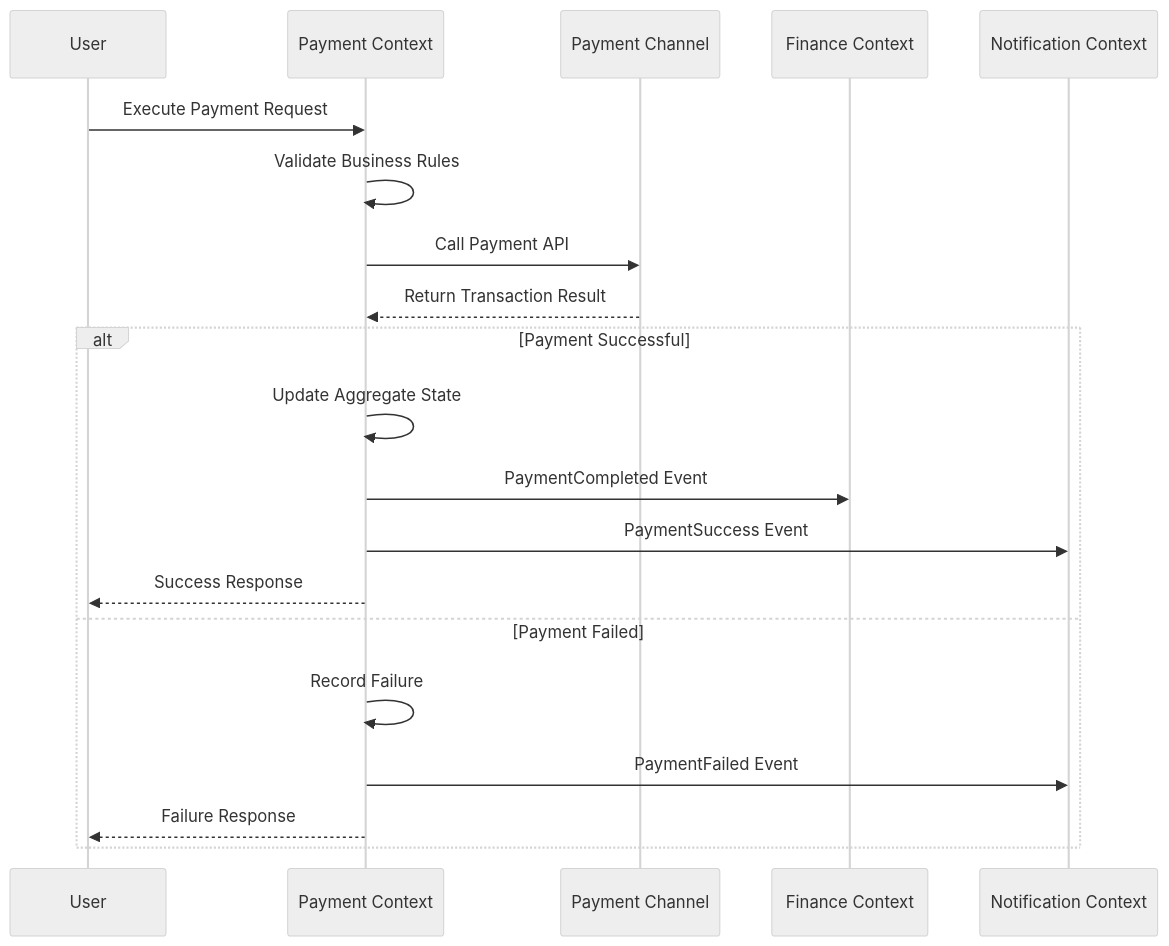
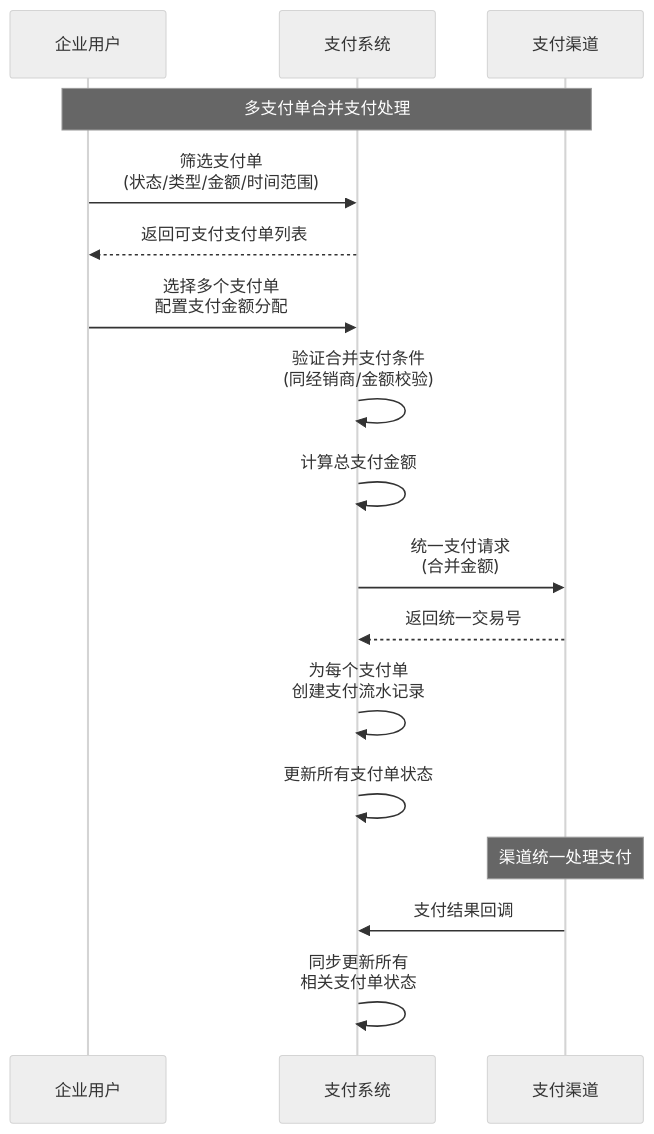
Before and after one commit to KyleWangkq/ai-prompt: the second of 5 diagrams in docs/contexts/payment/integration/context-mapping.md, drawn with Mermaid (neutral theme). The commit also changed other lines of this file and 5 other files, not shown here.

````diff
--- a/docs/contexts/payment/integration/context-mapping.md
+++ b/docs/contexts/payment/integration/context-mapping.md
@@ -518,24 +1136,26 @@
 ```mermaid
 sequenceDiagram
-    participant User as User
-    participant Payment as Payment Context
-    participant Channel as Payment Channel
-    participant Finance as Finance Context
-    participant Notification as Notification Context
+    participant User as 企业用户
+    participant Payment as 支付系统
+    participant Channel as 支付渠道
     
-    User->>Payment: Execute Payment Request
-    Payment->>Payment: Validate Business Rules
-    Payment->>Channel: Call Payment API
-    Channel-->>Payment: Return Transaction Result
+    Note over User, Channel: 多支付单合并支付处理
     
-    alt Payment Successful
-        Payment->>Payment: Update Aggregate State
-        Payment->>Finance: PaymentCompleted Event
-        Payment->>Notification: PaymentSuccess Event
-        Payment-->>User: Success Response
-    else Payment Failed
-        Payment->>Payment: Record Failure
-        Payment->>Notification: PaymentFailed Event  
-        Payment-->>User: Failure Response
-    end
+    User->>Payment: 筛选支付单<br/>(状态/类型/金额/时间范围)
+    Payment-->>User: 返回可支付支付单列表
+    
+    User->>Payment: 选择多个支付单<br/>配置支付金额分配
+    Payment->>Payment: 验证合并支付条件<br/>(同经销商/金额校验)
+    
+    Payment->>Payment: 计算总支付金额
+    Payment->>Channel: 统一支付请求<br/>(合并金额)
+    Channel-->>Payment: 返回统一交易号
+    
+    Payment->>Payment: 为每个支付单<br/>创建支付流水记录
+    Payment->>Payment: 更新所有支付单状态
+    
+    Note over Channel: 渠道统一处理支付
+    
+    Channel->>Payment: 支付结果回调
+    Payment->>Payment: 同步更新所有<br/>相关支付单状态
 ```
````
